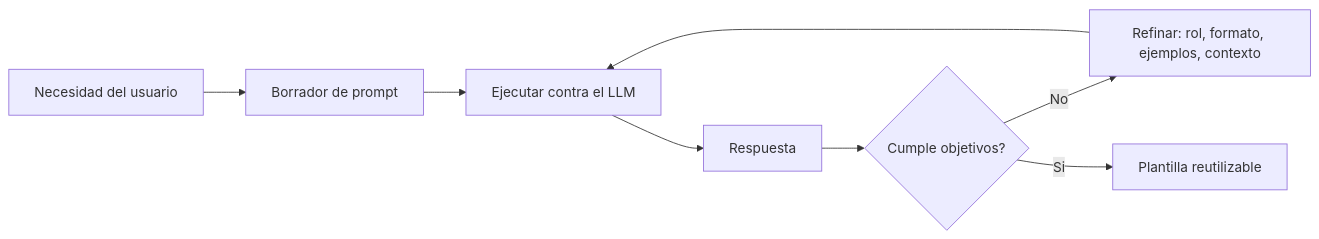
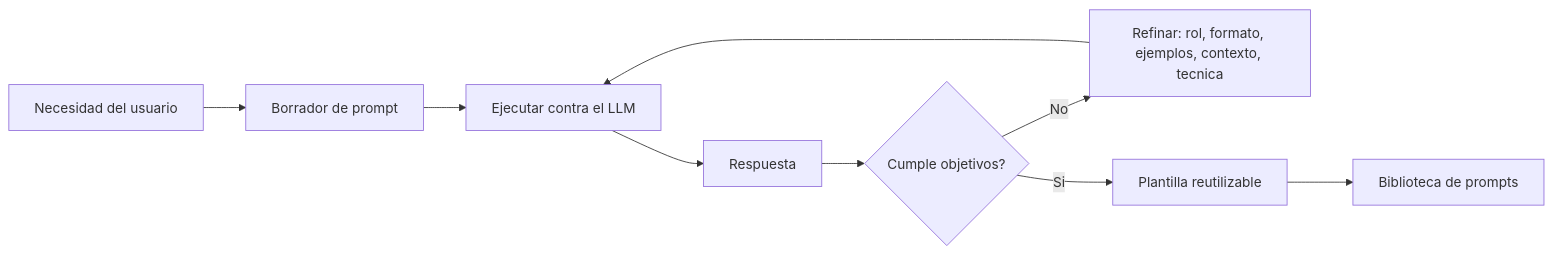
The diagram in Conceptos/02-prompt-engineering.md (jjrosalesuci/ia), drawn with Mermaid before and after one commit. The commit also changed other lines of this file and 6 other files, not shown here.

````diff
--- a/Conceptos/02-prompt-engineering.md
+++ b/Conceptos/02-prompt-engineering.md
@@ -47,10 +183,11 @@
 ```mermaid
 flowchart LR
     IDEA[Necesidad del usuario] --> DRAFT[Borrador de prompt]
     DRAFT --> RUN[Ejecutar contra el LLM]
     RUN --> OUT[Respuesta]
     OUT --> EVAL{Cumple objetivos?}
-    EVAL -- No --> REFINE[Refinar: rol, formato, ejemplos, contexto]
+    EVAL -- No --> REFINE[Refinar: rol, formato, ejemplos, contexto, tecnica]
     REFINE --> RUN
     EVAL -- Si --> SAVE[Plantilla reutilizable]
+    SAVE --> LIB[Biblioteca de prompts]
 ```
````
